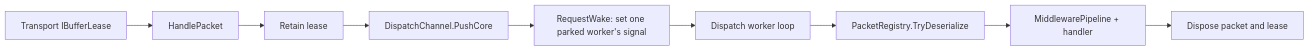
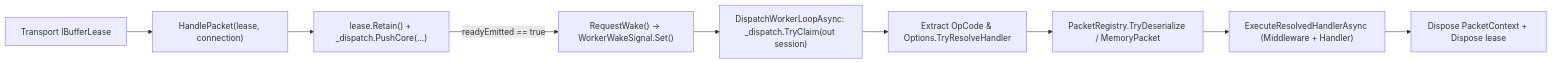
One commit to ppn-systems/nalix-docs changed the diagram in src/content/docs/en-us/api/runtime/routing/packet-dispatch.md. Above: the diagram before and after it, drawn with Mermaid. The commit also changed other lines of this file and 180 other files, not shown here.

````diff
--- a/src/content/docs/en-us/api/runtime/routing/packet-dispatch.md
+++ b/src/content/docs/en-us/api/runtime/routing/packet-dispatch.md
@@ -22,11 +23,11 @@
 ```mermaid
 flowchart LR
-    A["Transport IBufferLease"] --> B["HandlePacket"]
-    B --> C["Retain lease"]
-    C --> D["DispatchChannel.PushCore"]
-    D --> E["RequestWake: set one parked worker's signal"]
-    E --> F["Dispatch worker loop"]
-    F --> G["PacketRegistry.TryDeserialize"]
-    G --> H["MiddlewarePipeline + handler"]
-    H --> I["Dispose packet and lease"]
+    A["Transport IBufferLease"] --> B["HandlePacket(lease, connection)"]
+    B --> C["lease.Retain() + _dispatch.PushCore(...)"]
+    C -->|readyEmitted == true| D["RequestWake() -> WorkerWakeSignal.Set()"]
+    D --> E["DispatchWorkerLoopAsync: _dispatch.TryClaim(out session)"]
+    E --> F["Extract OpCode & Options.TryResolveHandler"]
+    F --> G["PacketRegistry.TryDeserialize / MemoryPacket"]
+    G --> H["ExecuteResolvedHandlerAsync (Middleware + Handler)"]
+    H --> I["Dispose PacketContext + Dispose lease"]
 ```
````
